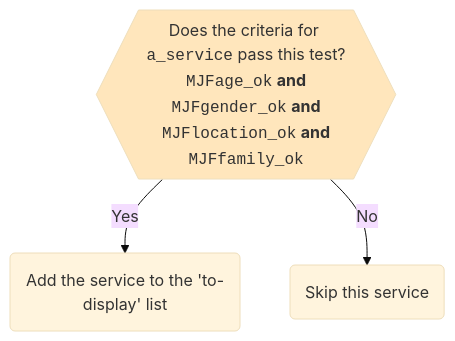
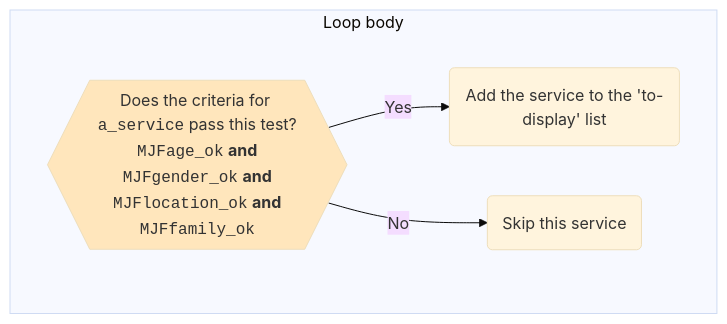
The sixth of 7 diagrams in textbook-source/docs/textbook/chapter_06/filtering/00-10.mdx (FlindersLaw/textbook), drawn with Mermaid (base theme) before and after one commit. The commit also changed other lines of this file, not shown here.

````diff
--- a/textbook-source/docs/textbook/chapter_06/filtering/00-10.mdx
+++ b/textbook-source/docs/textbook/chapter_06/filtering/00-10.mdx
@@ -178,16 +176,18 @@
 ```mermaid
 flowchart TD;
+    subgraph "Loop body"
     id1{{Does the criteria for <code>a_service</code> pass this test?<br> <code>MJFage_ok</code> <b>and</b> <code>MJFgender_ok</code> <b>and</b><br> <code>MJFlocation_ok</code> <b>and</b> <code>MJFfamily_ok</code>}}
     id1 -- Yes --> id2(Add the service to the 'to-display' list)
     id1 -- No --> id3(Skip this service)
+    end
     
     %% Define styles for flowchart items.  We want to make comments yellow
     %% and have a larger font size for regular items
     classDef commentClass fill:#faffd6,text-align:left
     classDef questionClass fill:#ffe6bc
     classDef boundaryClass fill:#eeeeee,text-fill-color:#fff
     classDef itemClass font-size:16pt
     classDef leftListClass text-align:left
 
     class id1 questionClass;
 ```
````
